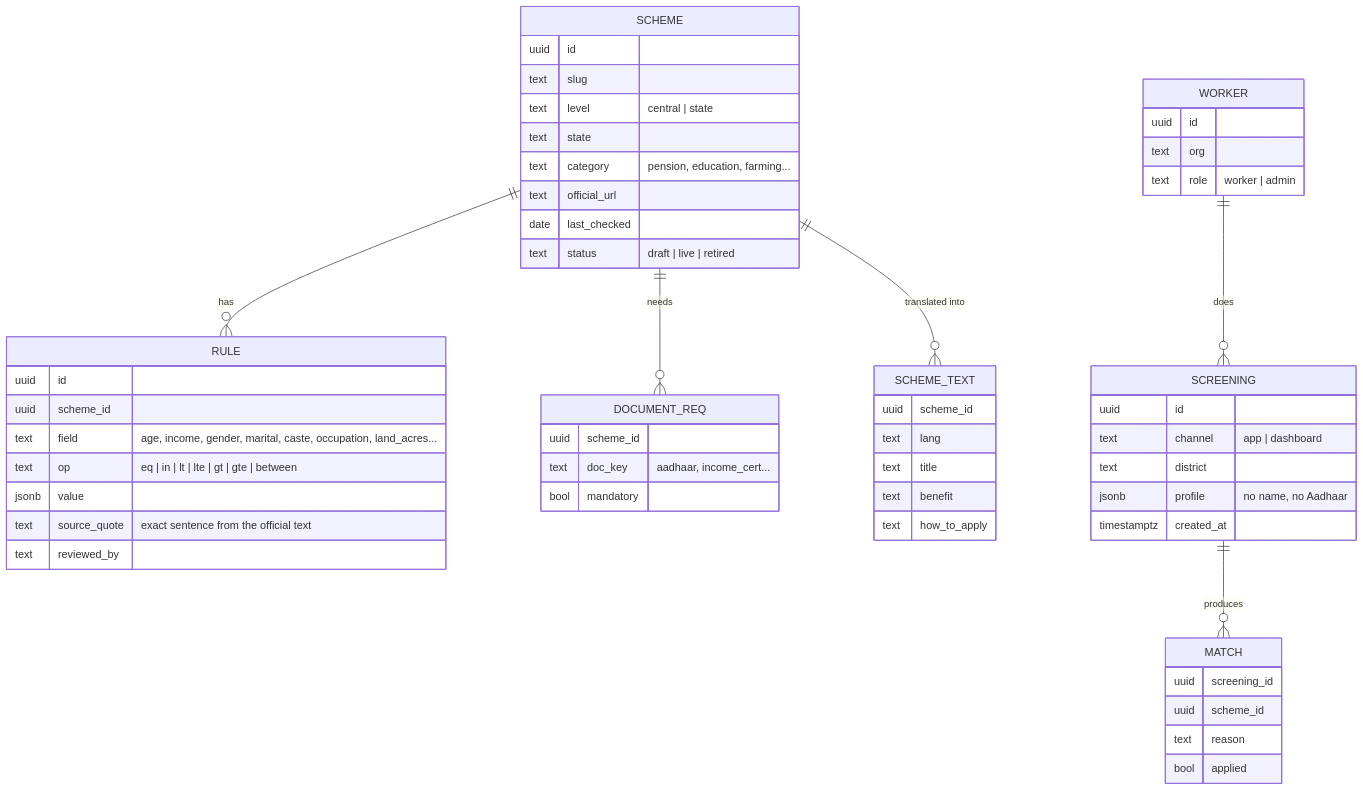
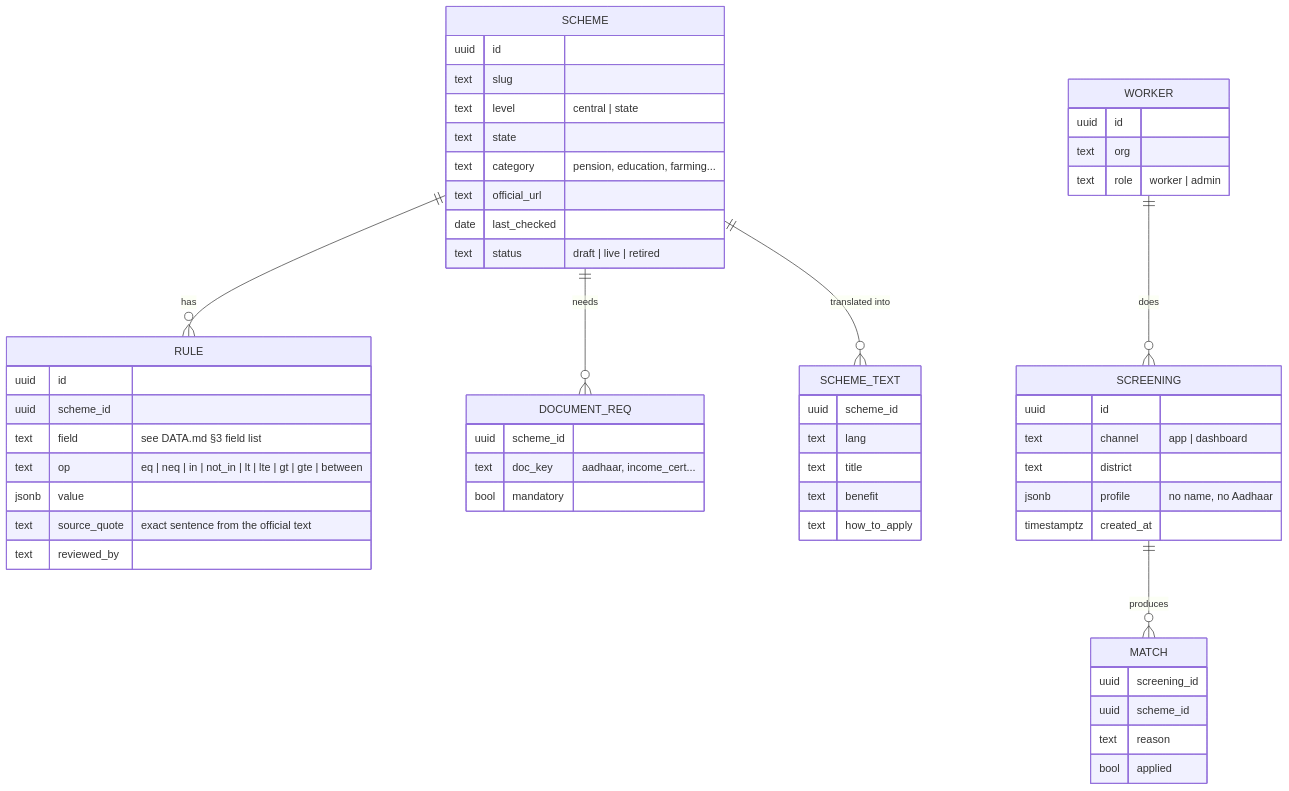
The second of 7 diagrams in docs/ARCHITECTURE.md (Zakuroooo/SchemeMatch), drawn with Mermaid before and after one commit. The commit also changed other lines of this file, not shown here.

Commit message:
docs(architecture): point to ADRs and switch hosting to Vercel Functions

````diff
--- a/docs/ARCHITECTURE.md
+++ b/docs/ARCHITECTURE.md
@@ -49,38 +44,38 @@
 ```mermaid
 erDiagram
     SCHEME ||--o{ RULE : "has"
     SCHEME ||--o{ DOCUMENT_REQ : "needs"
     SCHEME ||--o{ SCHEME_TEXT : "translated into"
     SCHEME {
         uuid id
         text slug
         text level "central | state"
         text state
         text category "pension, education, farming..."
         text official_url
         date last_checked
         text status "draft | live | retired"
     }
     RULE {
         uuid id
         uuid scheme_id
-        text field "age, income, gender, marital, caste, occupation, land_acres..."
-        text op "eq | in | lt | lte | gt | gte | between"
+        text field "see DATA.md §3 field list"
+        text op "eq | neq | in | not_in | lt | lte | gt | gte | between"
         jsonb value
         text source_quote "exact sentence from the official text"
         text reviewed_by
     }
     DOCUMENT_REQ { uuid scheme_id  text doc_key "aadhaar, income_cert..."  bool mandatory }
     SCHEME_TEXT { uuid scheme_id  text lang  text title  text benefit  text how_to_apply }
     SCREENING ||--o{ MATCH : "produces"
     SCREENING {
         uuid id
         text channel "app | dashboard"
         text district
         jsonb profile "no name, no Aadhaar"
         timestamptz created_at
     }
     MATCH { uuid screening_id  uuid scheme_id  text reason  bool applied }
     WORKER ||--o{ SCREENING : "does"
     WORKER { uuid id  text org  text role "worker | admin" }
 ```
````
